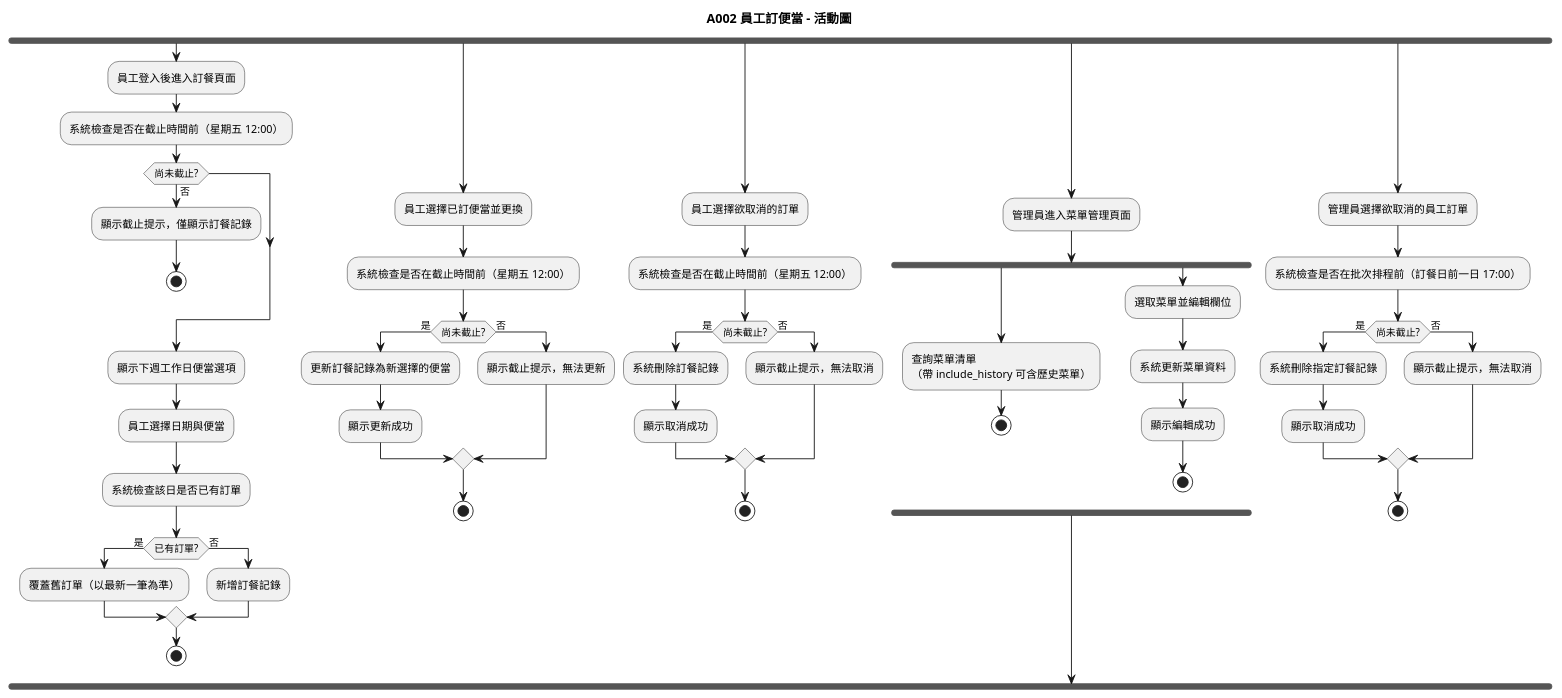
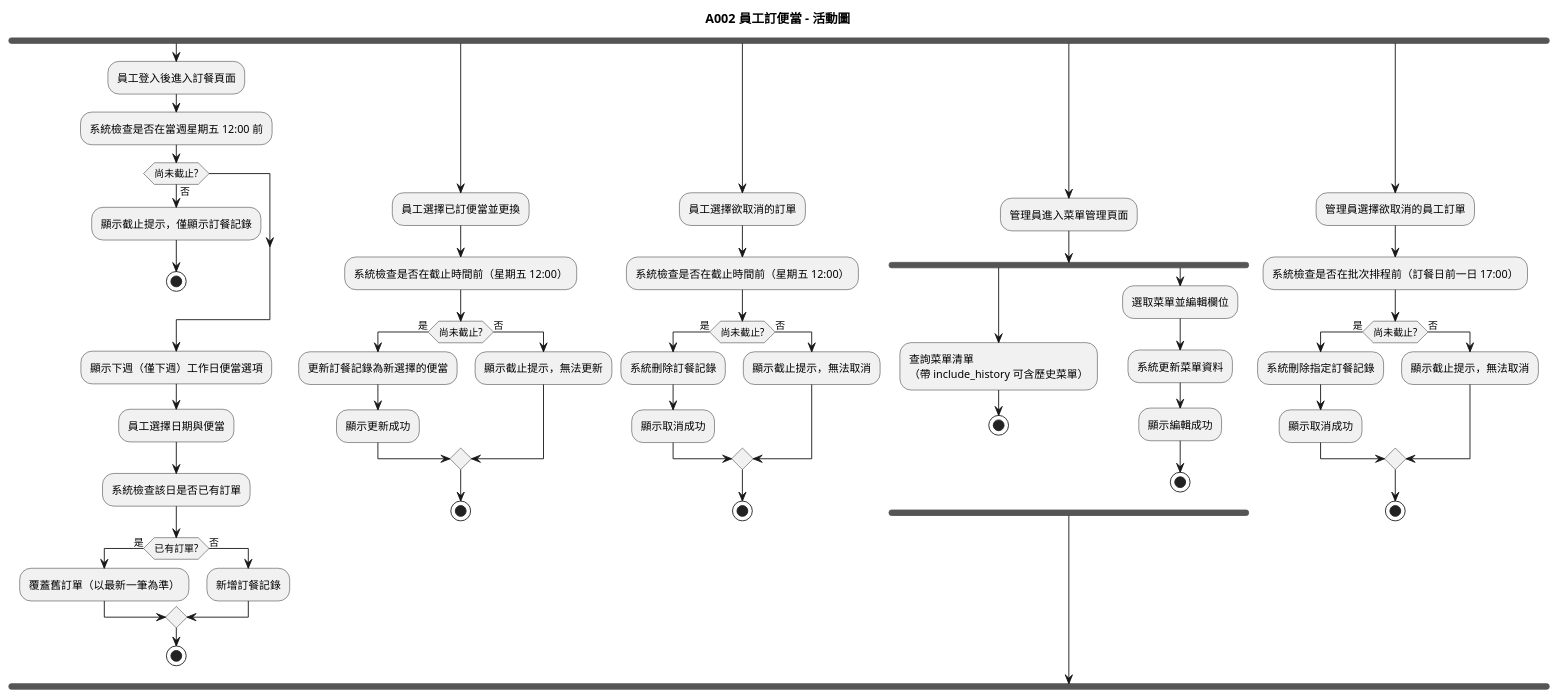
The diagram in output/A002/A002-activity.puml (teyhawzhe/bento-uml), drawn with PlantUML before and after one commit. The commit also changed 2 other files, not shown here.

```diff
--- a/output/A002/A002-activity.puml
+++ b/output/A002/A002-activity.puml
@@ -1,69 +1,69 @@
 @startuml A002-activity
 
 title A002 員工訂便當 - 活動圖
 
 fork
   :員工登入後進入訂餐頁面;
-  :系統檢查是否在截止時間前（星期五 12:00）;
+  :系統檢查是否在當週星期五 12:00 前;
   if (尚未截止?) then (否)
     :顯示截止提示，僅顯示訂餐記錄;
     stop
   endif
-  :顯示下週工作日便當選項;
+  :顯示下週（僅下週）工作日便當選項;
   :員工選擇日期與便當;
   :系統檢查該日是否已有訂單;
   if (已有訂單?) then (是)
     :覆蓋舊訂單（以最新一筆為準）;
   else (否)
     :新增訂餐記錄;
   endif
   stop
 
 fork again
   :員工選擇已訂便當並更換;
   :系統檢查是否在截止時間前（星期五 12:00）;
   if (尚未截止?) then (是)
     :更新訂餐記錄為新選擇的便當;
     :顯示更新成功;
   else (否)
     :顯示截止提示，無法更新;
   endif
   stop
 
 fork again
   :員工選擇欲取消的訂單;
   :系統檢查是否在截止時間前（星期五 12:00）;
   if (尚未截止?) then (是)
     :系統刪除訂餐記錄;
     :顯示取消成功;
   else (否)
     :顯示截止提示，無法取消;
   endif
   stop
 
 fork again
   :管理員進入菜單管理頁面;
   fork
     :查詢菜單清單\n（帶 include_history 可含歷史菜單）;
     stop
   fork again
     :選取菜單並編輯欄位;
     :系統更新菜單資料;
     :顯示編輯成功;
     stop
   end fork
 
 fork again
   :管理員選擇欲取消的員工訂單;
   :系統檢查是否在批次排程前（訂餐日前一日 17:00）;
   if (尚未截止?) then (是)
     :系統刪除指定訂餐記錄;
     :顯示取消成功;
   else (否)
     :顯示截止提示，無法取消;
   endif
   stop
 
 end fork
 
 @enduml
```
